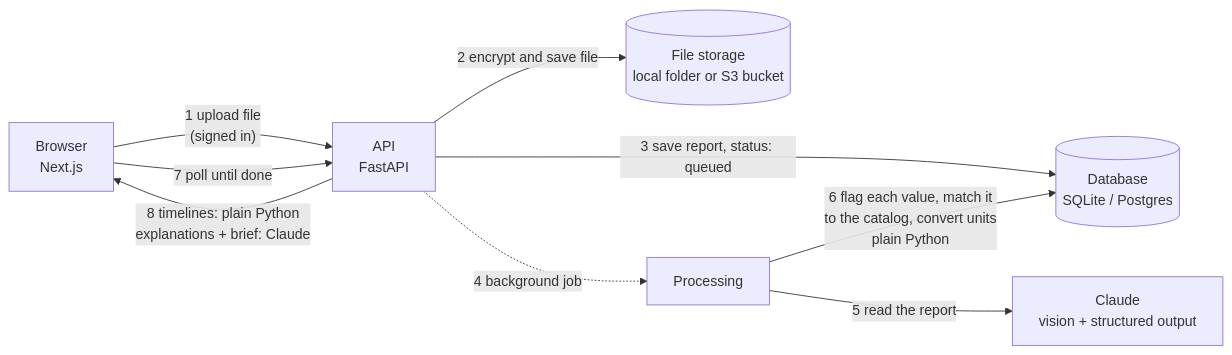
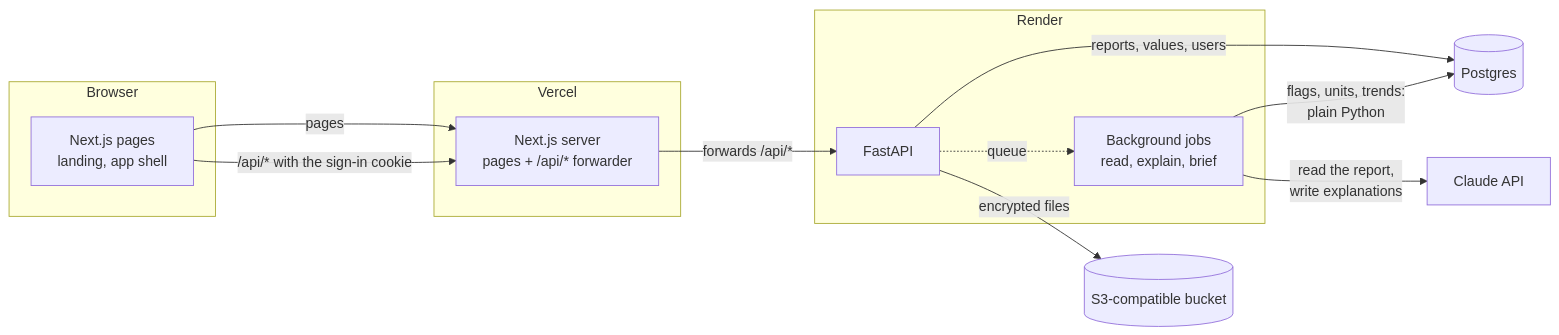
Before and after one commit to whatalshifa/report-saathi: the diagram in README.md, drawn with Mermaid. The commit also changed other lines of this file and 72 other files, not shown here.

````diff
--- a/README.md
+++ b/README.md
@@ -53,11 +76,21 @@
 ```mermaid
 flowchart LR
-    U[Browser<br/>Next.js] -- "1 upload file<br/>(signed in)" --> A[API<br/>FastAPI]
-    A -- "2 encrypt and save file" --> S[(File storage<br/>local folder or S3 bucket)]
-    A -- "3 save report, status: queued" --> D[(Database<br/>SQLite / Postgres)]
-    A -. "4 background job" .-> J[Processing]
-    J -- "5 read the report" --> C[Claude<br/>vision + structured output]
-    J -- "6 flag each value, match it<br/>to the catalog, convert units<br/>plain Python" --> D
-    U -- "7 poll until done" --> A
-    A -- "8 timelines: plain Python<br/>explanations + brief: Claude" --> U
+    subgraph Browser
+      W[Next.js pages<br/>landing, app shell]
+    end
+    subgraph Vercel
+      N[Next.js server<br/>pages + /api/* forwarder]
+    end
+    subgraph Render
+      A[FastAPI]
+      J[Background jobs<br/>read, explain, brief]
+    end
+    W -- "pages" --> N
+    W -- "/api/* with the sign-in cookie" --> N
+    N -- "forwards /api/*" --> A
+    A -- "encrypted files" --> S[(S3-compatible bucket)]
+    A -- "reports, values, users" --> D[(Postgres)]
+    A -. "queue" .-> J
+    J -- "read the report,<br/>write explanations" --> C[Claude API]
+    J -- "flags, units, trends:<br/>plain Python" --> D
 ```
````
